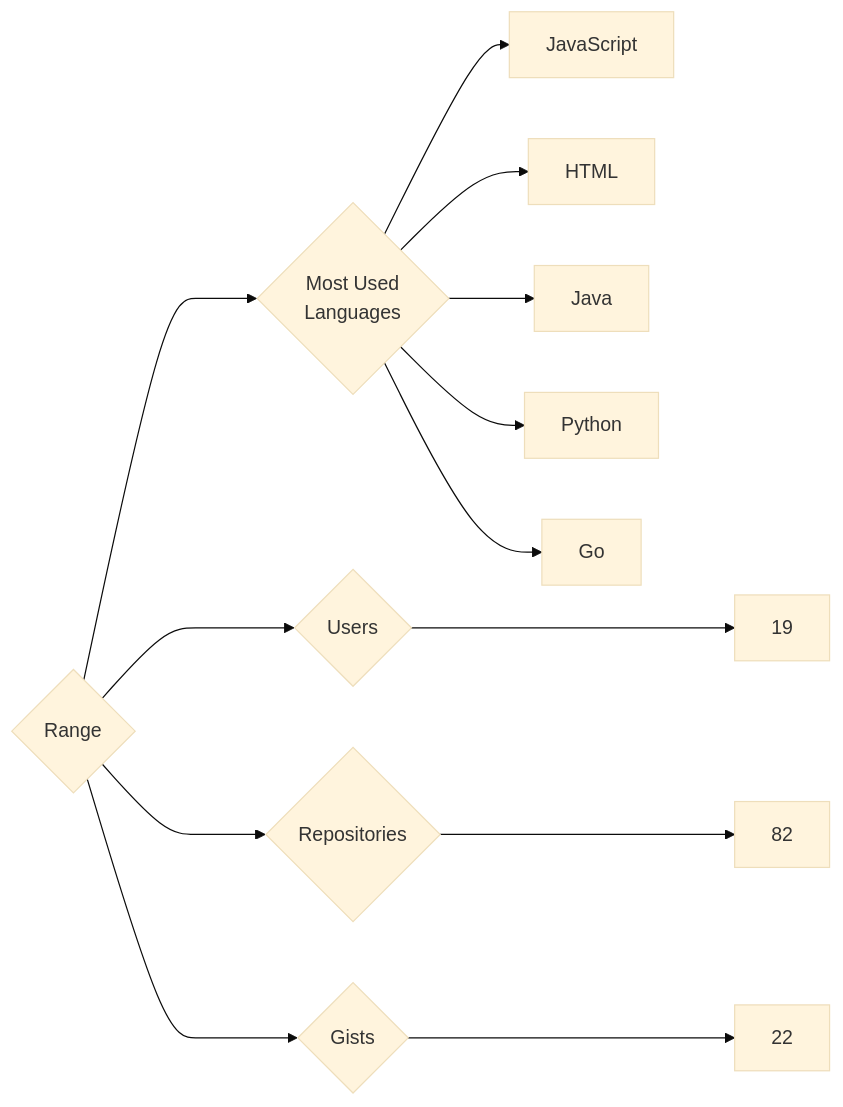
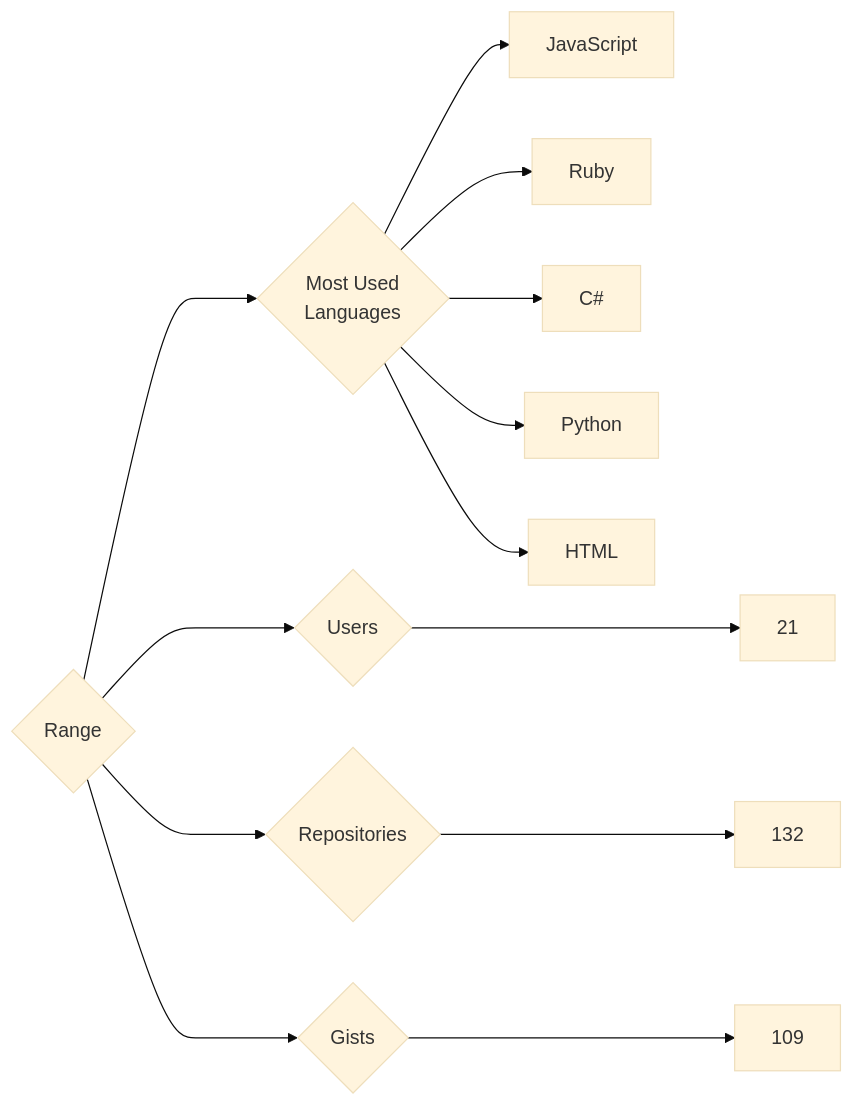
Before and after one commit to trickest/insiders: the diagram in targets/Range/README.md, drawn with Mermaid (base theme). The commit also changed 970 other files, not shown here.

````diff
--- a/targets/Range/README.md
+++ b/targets/Range/README.md
@@ -3,13 +3,13 @@
 ```mermaid
 graph LR
 COMPANY_NAME{Range}
-COMPANY_NAME ---> U{Users} ---> UN[19]
-COMPANY_NAME ---> R{Repositories} ---> RN[82]
-COMPANY_NAME ---> G{Gists} ---> GN[22]
+COMPANY_NAME ---> U{Users} ---> UN[21]
+COMPANY_NAME ---> R{Repositories} ---> RN[132]
+COMPANY_NAME ---> G{Gists} ---> GN[109]
 COMPANY_NAME ---> ML{Most Used<br>Languages}
 ML --> JavaScript[JavaScript]
+ML --> Ruby[Ruby]
+ML --> C#[C#]
+ML --> Python[Python]
 ML --> HTML[HTML]
-ML --> Java[Java]
-ML --> Python[Python]
-ML --> Go[Go]
 ```
````
